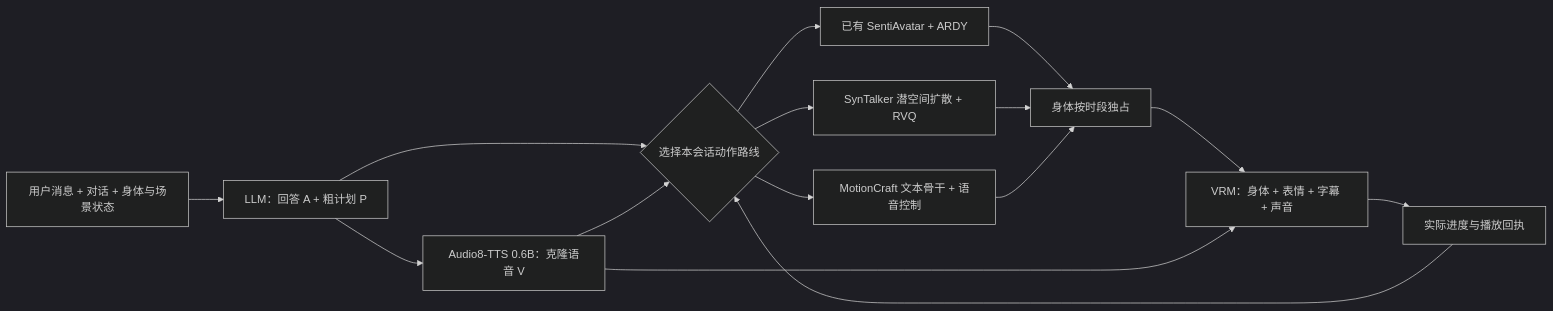
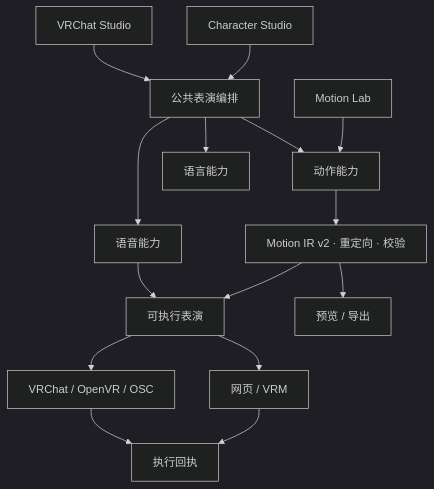
The diagram in README.zh-CN.md (Moonweave-AI/virea), drawn with Mermaid (dark theme) before and after one commit. The commit also changed other lines of this file and 105 other files, not shown here.

````diff
--- a/README.zh-CN.md
+++ b/README.zh-CN.md
@@ -182,17 +41,17 @@
 ```mermaid
-flowchart LR
-    U[用户消息 + 对话 + 身体与场景状态] --> L[LLM：回答 A + 粗计划 P]
-    L --> V[Audio8-TTS 0.6B：克隆语音 V]
-    L --> E{选择本会话动作路线}
-    V --> E
-    E --> S[已有 SentiAvatar + ARDY]
-    E --> M[MotionCraft 文本骨干 + 语音控制]
-    E --> A[SynTalker 潜空间扩散 + RVQ]
-    S --> B[身体按时段独占]
-    A --> B
-    M --> B
-    B --> R[VRM：身体 + 表情 + 字幕 + 声音]
-    V --> R
-    R --> F[实际进度与播放回执]
-    F --> E
+flowchart TD
+    ML[Motion Lab] --> M[动作能力]
+    CS[Character Studio] --> P[公共表演编排]
+    VC[VRChat Studio] --> P
+    P --> L[语言能力]
+    P --> A[语音能力]
+    P --> M
+    M --> IR[Motion IR v2 · 重定向 · 校验]
+    IR --> X[可执行表演]
+    A --> X
+    X --> WEB[网页 / VRM]
+    X --> VR[VRChat / OpenVR / OSC]
+    WEB --> E[执行回执]
+    VR --> E
+    IR --> OUT[预览 / 导出]
 ```
````
